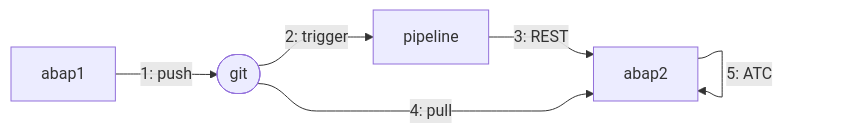
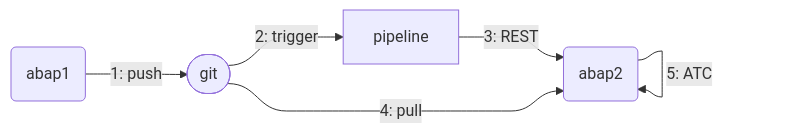
One commit to SAP/styleguides changed the first of 2 diagrams in abap-code-review/src/TestTool.md. Above: the diagram before and after it, drawn with Mermaid. The commit also changed other lines of this file, not shown here.

````diff
--- a/abap-code-review/src/TestTool.md
+++ b/abap-code-review/src/TestTool.md
@@ -80,9 +80,9 @@
 ```mermaid
 %%{ init: { 'flowchart': { 'curve': 'bumpX' } } }%%
  flowchart LR 
-    A[abap1] -->|1: push| B([git])
+    A(abap1) -->|1: push| B([git])
     B -->|2: trigger| C[pipeline]
-    C -->|3: REST| D[abap2]
+    C -->|3: REST| D(abap2)
     D --> |5: ATC| D
     B -->|4: pull| D
  ```
````
